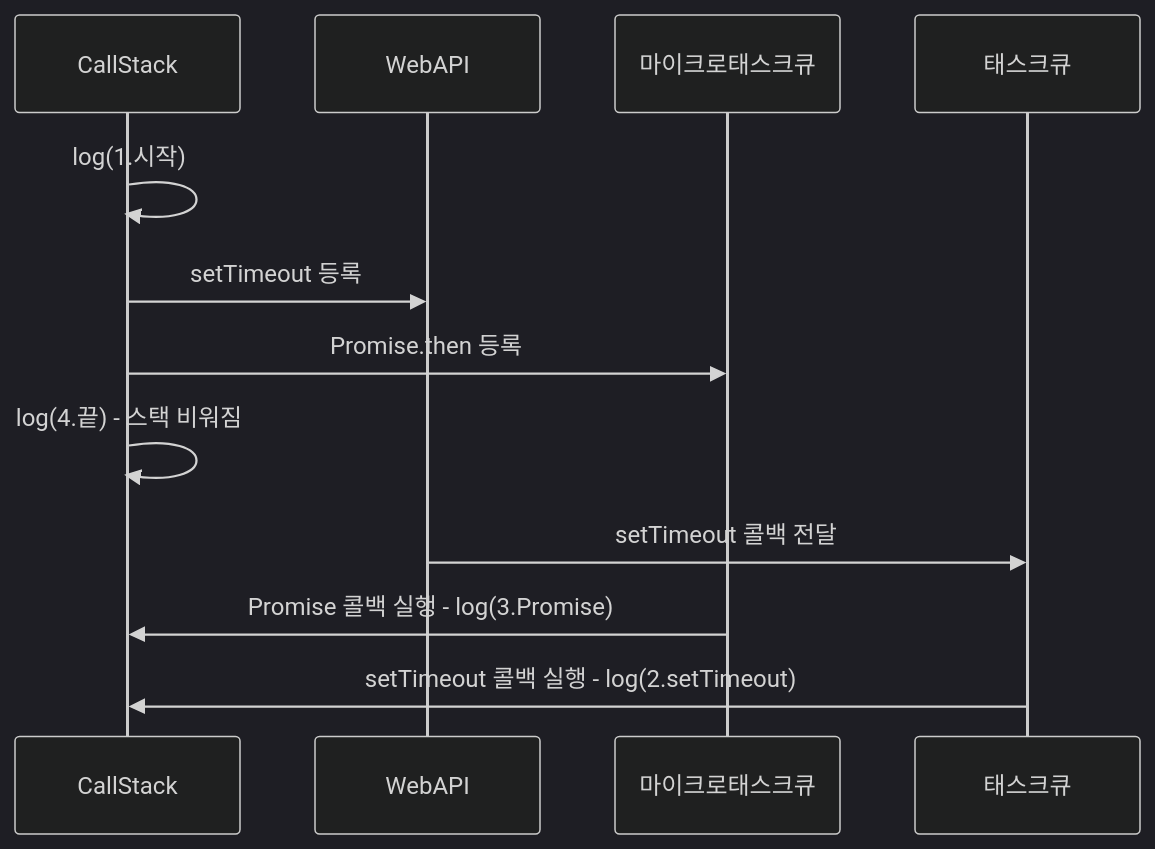
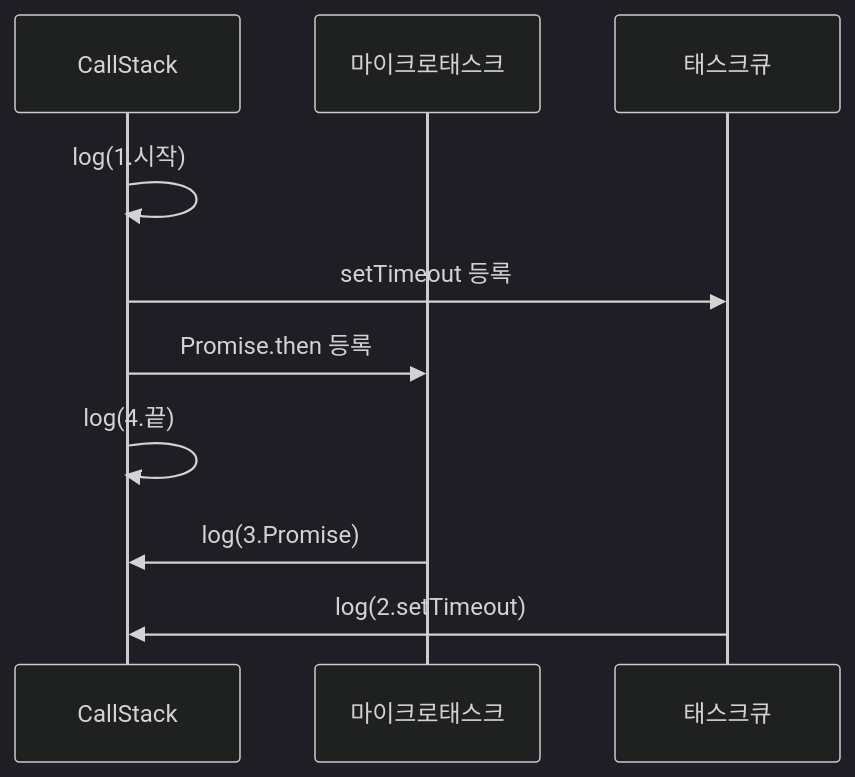
The sixth of 13 diagrams in _posts/frontend/2026-05-02-js-event-loop.md (yjkim2015/yjkim2015.github.io), drawn with Mermaid (dark theme) before and after one commit. The commit also changed other lines of this file and 155 other files, not shown here.

First line of the commit message:
Mermaid 전면 수정: subgraph 제거, participant/노드/줄수 축소 (342블록)

````diff
--- a/_posts/frontend/2026-05-02-js-event-loop.md
+++ b/_posts/frontend/2026-05-02-js-event-loop.md
@@ -168,14 +166,12 @@
 ```mermaid
 sequenceDiagram
     participant CS as CallStack
-    participant WA as WebAPI
-    participant MQ as 마이크로태스크큐
+    participant MQ as 마이크로태스크
     participant TQ as 태스크큐
     CS->>CS: log(1.시작)
-    CS->>WA: setTimeout 등록
+    CS->>TQ: setTimeout 등록
     CS->>MQ: Promise.then 등록
-    CS->>CS: log(4.끝) - 스택 비워짐
-    WA->>TQ: setTimeout 콜백 전달
-    MQ->>CS: Promise 콜백 실행 - log(3.Promise)
-    TQ->>CS: setTimeout 콜백 실행 - log(2.setTimeout)
+    CS->>CS: log(4.끝)
+    MQ->>CS: log(3.Promise)
+    TQ->>CS: log(2.setTimeout)
 ```
````
